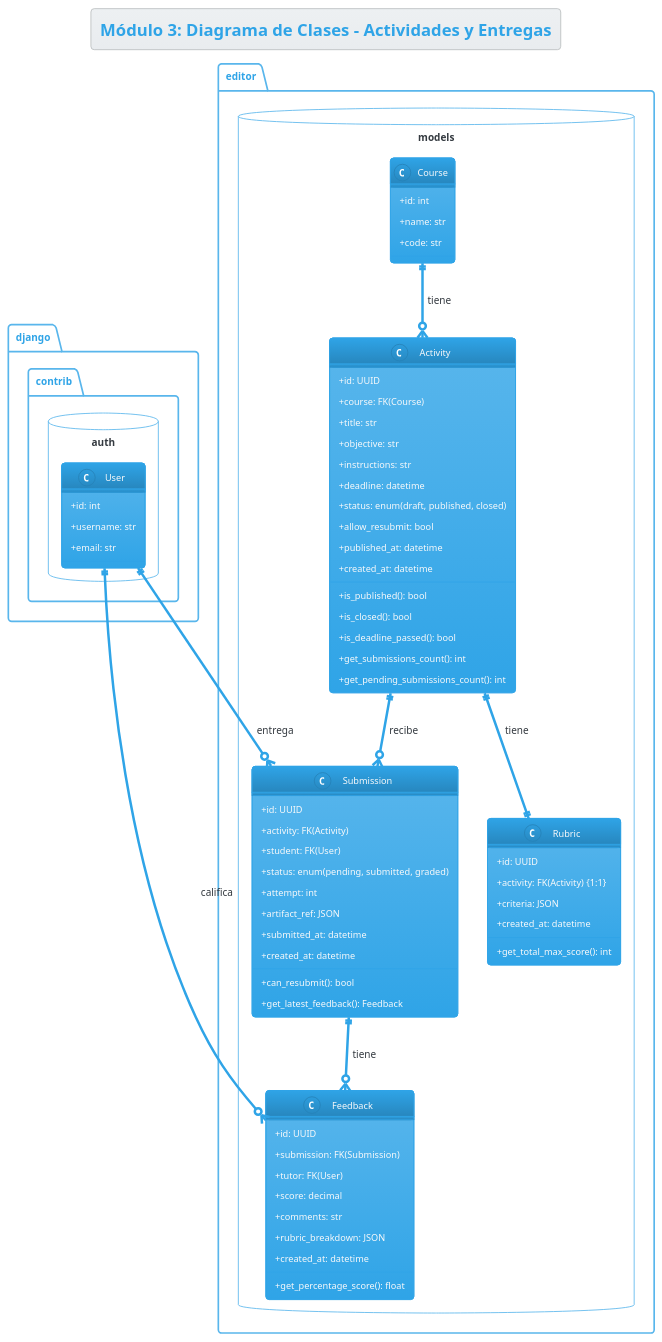
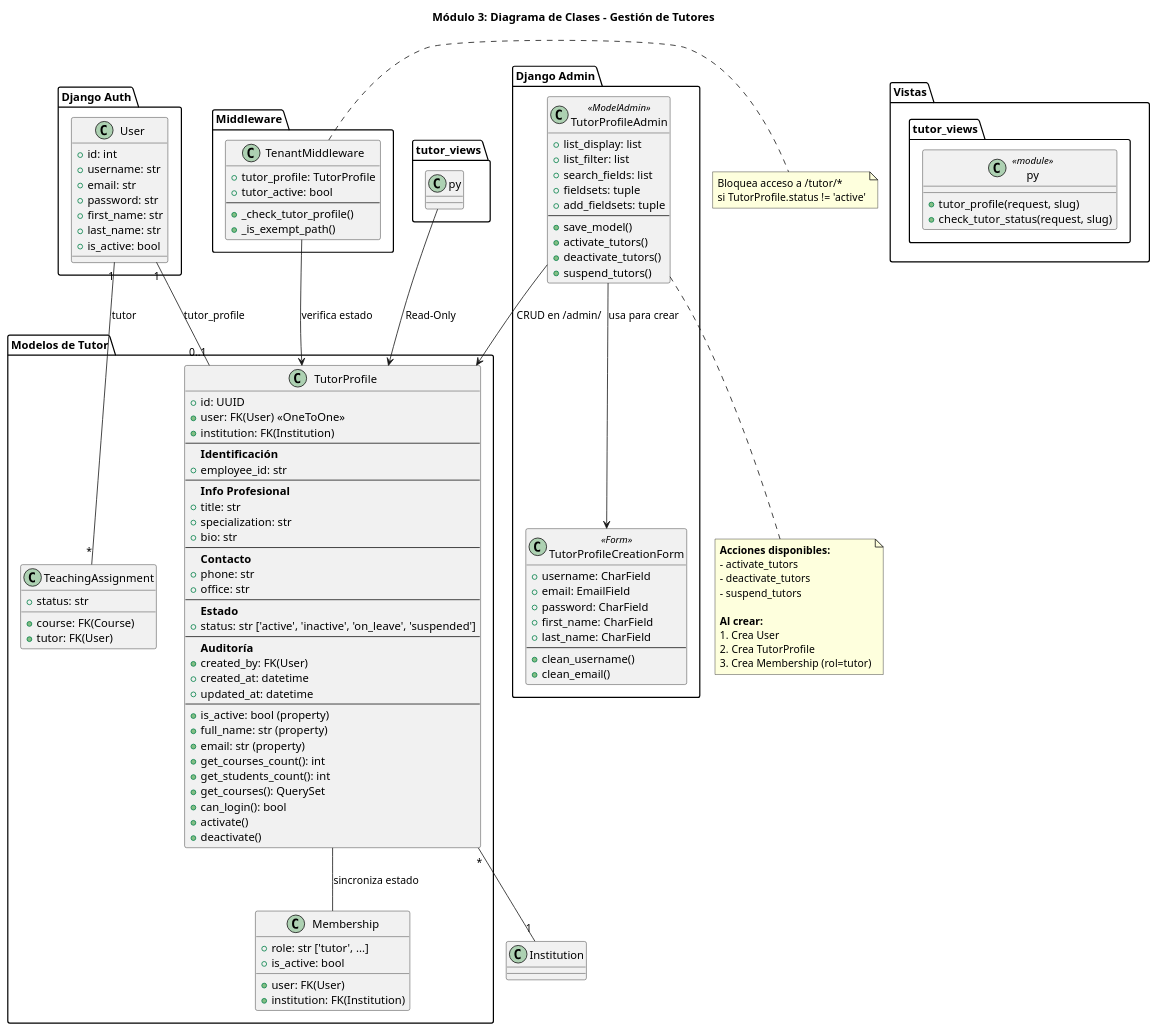
Before and after one commit to Luvigo/Max: the diagram in docs/uml/module3/class_diagram.puml, drawn with PlantUML. The commit also changed 11 other files, not shown here.

First line of the commit message:
MÓDULO 3: Tutores gestionados desde Django Admin

```diff
--- a/docs/uml/module3/class_diagram.puml
+++ b/docs/uml/module3/class_diagram.puml
@@ -1,86 +1,136 @@
 @startuml
-!theme cerulean
-title Módulo 3: Diagrama de Clases - Actividades y Entregas
+title Módulo 3: Diagrama de Clases - Gestión de Tutores
 
-skinparam classAttributeIconSize 0
-
-package "django.contrib.auth" <<Database>> {
+package "Django Auth" {
     class User {
         +id: int
         +username: str
         +email: str
+        +password: str
+        +first_name: str
+        +last_name: str
+        +is_active: bool
     }
 }
 
-package "editor.models" <<Database>> {
-    
-    class Course {
-        +id: int
-        +name: str
-        +code: str
+package "Modelos de Tutor" {
+    class TutorProfile {
+        +id: UUID
+        +user: FK(User) <<OneToOne>>
+        +institution: FK(Institution)
+        --
+        **Identificación**
+        +employee_id: str
+        --
+        **Info Profesional**
+        +title: str
+        +specialization: str
+        +bio: str
+        --
+        **Contacto**
+        +phone: str
+        +office: str
+        --
+        **Estado**
+        +status: str ['active', 'inactive', 'on_leave', 'suspended']
+        --
+        **Auditoría**
+        +created_by: FK(User)
+        +created_at: datetime
+        +updated_at: datetime
+        --
+        +is_active: bool (property)
+        +full_name: str (property)
+        +email: str (property)
+        +get_courses_count(): int
+        +get_students_count(): int
+        +get_courses(): QuerySet
+        +can_login(): bool
+        +activate()
+        +deactivate()
     }
     
-    class Activity {
-        +id: UUID
-        +course: FK(Course)
-        +title: str
-        +objective: str
-        +instructions: str
-        +deadline: datetime
-        +status: enum(draft, published, closed)
-        +allow_resubmit: bool
-        +published_at: datetime
-        +created_at: datetime
-        --
-        +is_published(): bool
-        +is_closed(): bool
-        +is_deadline_passed(): bool
-        +get_submissions_count(): int
-        +get_pending_submissions_count(): int
+    class Membership {
+        +user: FK(User)
+        +institution: FK(Institution)
+        +role: str ['tutor', ...]
+        +is_active: bool
     }
     
-    class Submission {
-        +id: UUID
-        +activity: FK(Activity)
-        +student: FK(User)
-        +status: enum(pending, submitted, graded)
-        +attempt: int
-        +artifact_ref: JSON
-        +submitted_at: datetime
-        +created_at: datetime
-        --
-        +can_resubmit(): bool
-        +get_latest_feedback(): Feedback
-    }
-    
-    class Rubric {
-        +id: UUID
-        +activity: FK(Activity) {1:1}
-        +criteria: JSON
-        +created_at: datetime
-        --
-        +get_total_max_score(): int
-    }
-    
-    class Feedback {
-        +id: UUID
-        +submission: FK(Submission)
+    class TeachingAssignment {
+        +course: FK(Course)
         +tutor: FK(User)
-        +score: decimal
-        +comments: str
-        +rubric_breakdown: JSON
-        +created_at: datetime
-        --
-        +get_percentage_score(): float
+        +status: str
     }
 }
 
-' Relaciones
-Course ||--o{ Activity : "tiene"
-Activity ||--o{ Submission : "recibe"
-Activity ||--|| Rubric : "tiene"
-Submission ||--o{ Feedback : "tiene"
-User ||--o{ Submission : "entrega"
-User ||--o{ Feedback : "califica"
+package "Django Admin" {
+    class TutorProfileAdmin <<ModelAdmin>> {
+        +list_display: list
+        +list_filter: list
+        +search_fields: list
+        +fieldsets: tuple
+        +add_fieldsets: tuple
+        --
+        +save_model()
+        +activate_tutors()
+        +deactivate_tutors()
+        +suspend_tutors()
+    }
+    
+    class TutorProfileCreationForm <<Form>> {
+        +username: CharField
+        +email: EmailField
+        +password: CharField
+        +first_name: CharField
+        +last_name: CharField
+        --
+        +clean_username()
+        +clean_email()
+    }
+}
 
+package "Vistas" {
+    class "tutor_views.py" <<module>> {
+        +tutor_profile(request, slug)
+        +check_tutor_status(request, slug)
+    }
+}
+
+package "Middleware" {
+    class TenantMiddleware {
+        +tutor_profile: TutorProfile
+        +tutor_active: bool
+        --
+        +_check_tutor_profile()
+        +_is_exempt_path()
+    }
+}
+
+User "1" -- "0..1" TutorProfile : tutor_profile
+TutorProfile "*" -- "1" Institution
+TutorProfile -- Membership : sincroniza estado
+User "1" -- "*" TeachingAssignment : tutor
+
+TutorProfileAdmin --> TutorProfile : "CRUD en /admin/"
+TutorProfileAdmin --> TutorProfileCreationForm : usa para crear
+"tutor_views.py" --> TutorProfile : "Read-Only"
+TenantMiddleware --> TutorProfile : verifica estado
+
+note bottom of TutorProfileAdmin
+  **Acciones disponibles:**
+  - activate_tutors
+  - deactivate_tutors
+  - suspend_tutors
+  
+  **Al crear:**
+  1. Crea User
+  2. Crea TutorProfile
+  3. Crea Membership (rol=tutor)
+end note
+
+note right of TenantMiddleware
+  Bloquea acceso a /tutor/*
+  si TutorProfile.status != 'active'
+end note
 @enduml
```
